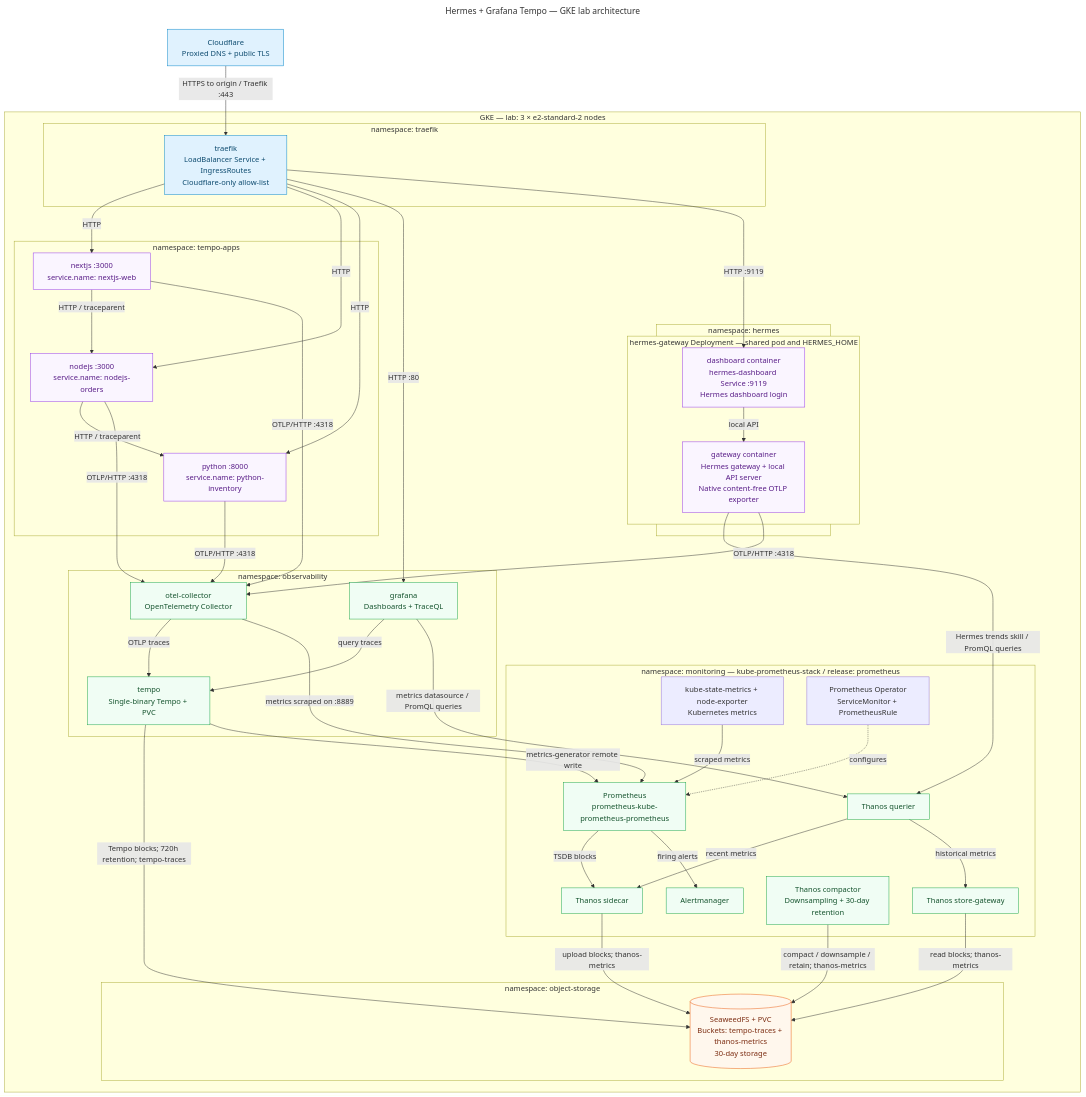
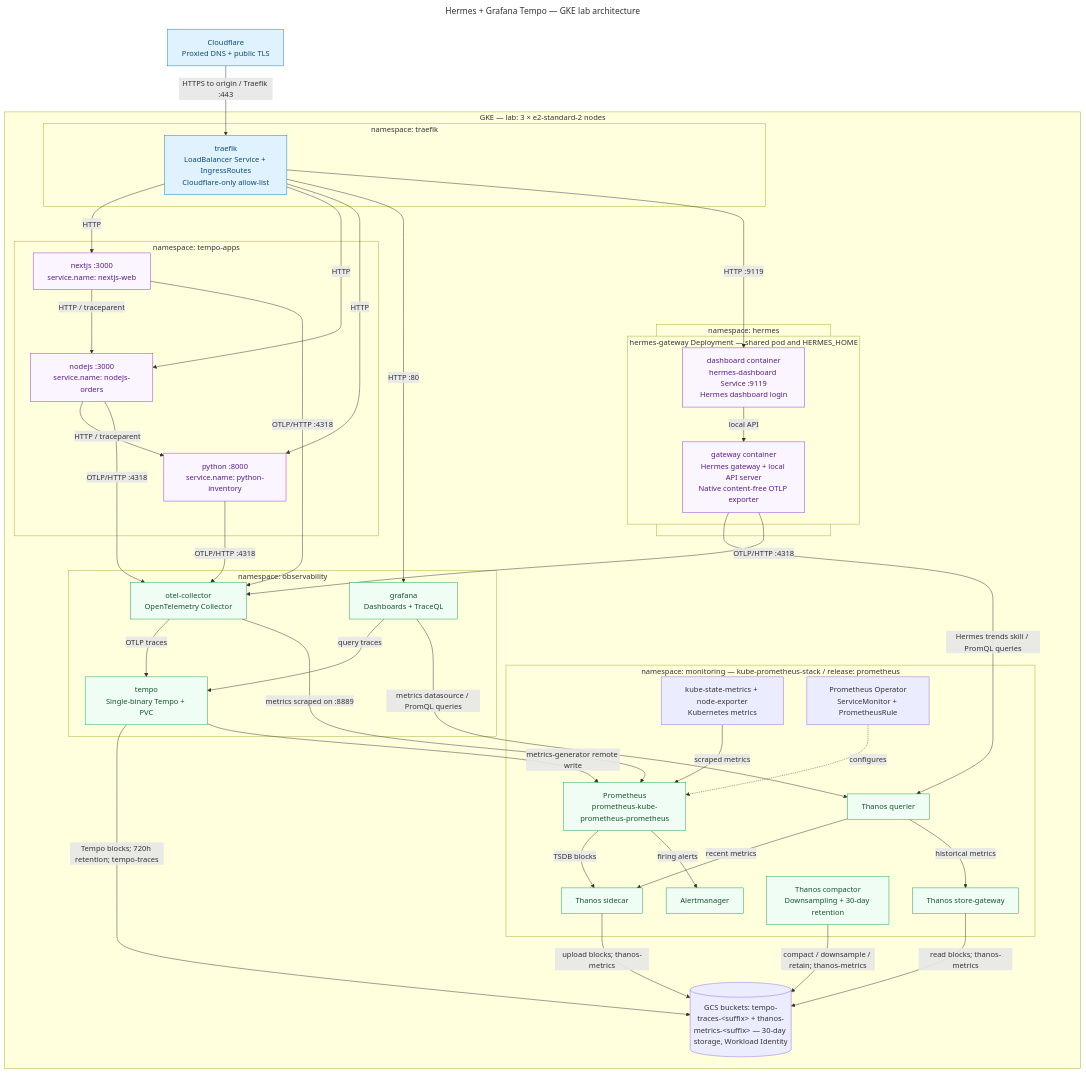
The diagram in hermes-grafana-tempo/docs/diagrams/architecture.mmd (ch-muhammad-asim/OpenDevOps), drawn with Mermaid before and after one commit. The commit also changed 14 other files, not shown here.

Commit message:
Show GCS buckets in the hermes-grafana-tempo diagrams and docs, keep SeaweedFS as an optional fallback, and fill in the verify counts

```diff
--- a/hermes-grafana-tempo/docs/diagrams/architecture.mmd
+++ b/hermes-grafana-tempo/docs/diagrams/architecture.mmd
@@ -1,74 +1,71 @@
 ---
 title: Hermes + Grafana Tempo — GKE lab architecture
 ---
 flowchart TB
   %% Sources: README.md, hermes/README.md, helm/*, apps/*, k8s/*, scripts/*.
   %% Namespace boundaries are logical; workloads are scheduled across the node pool.
   cf["Cloudflare<br/>Proxied DNS + public TLS"]
   subgraph gke["GKE — lab: 3 × e2-standard-2 nodes"]
     subgraph edge["namespace: traefik"]
       tr["traefik<br/>LoadBalancer Service + IngressRoutes<br/>Cloudflare-only allow-list"]
     end
     subgraph apps["namespace: tempo-apps"]
       nx["nextjs :3000<br/>service.name: nextjs-web"]
       nd["nodejs :3000<br/>service.name: nodejs-orders"]
       py["python :8000<br/>service.name: python-inventory"]
       nx -->|HTTP / traceparent| nd
       nd -->|HTTP / traceparent| py
     end
     subgraph hermes["namespace: hermes"]
       subgraph pod["hermes-gateway Deployment — shared pod and HERMES_HOME"]
         dash["dashboard container<br/>hermes-dashboard Service :9119<br/>Hermes dashboard login"]
         gw["gateway container<br/>Hermes gateway + local API server<br/>Native content-free OTLP exporter"]
         dash -->|local API| gw
       end
     end
     subgraph obs["namespace: observability"]
       col["otel-collector<br/>OpenTelemetry Collector"]
       tempo["tempo<br/>Single-binary Tempo + PVC"]
       graf["grafana<br/>Dashboards + TraceQL"]
       col -->|OTLP traces| tempo
       graf -->|query traces| tempo
     end
     subgraph mon["namespace: monitoring — kube-prometheus-stack / release: prometheus"]
       prom["Prometheus<br/>prometheus-kube-prometheus-prometheus"]
       sidecar["Thanos sidecar"]
       store["Thanos store-gateway"]
       querier["Thanos querier"]
       compactor["Thanos compactor<br/>Downsampling + 30-day retention"]
       prom -->|TSDB blocks| sidecar
       querier -->|recent metrics| sidecar
       querier -->|historical metrics| store
       am["Alertmanager"]
       exporters["kube-state-metrics + node-exporter<br/>Kubernetes metrics"]
       operator["Prometheus Operator<br/>ServiceMonitor + PrometheusRule"]
       exporters -->|scraped metrics| prom
       operator -.->|configures| prom
       prom -->|firing alerts| am
     end
-    subgraph storage["namespace: object-storage"]
-      seaweed[("SeaweedFS + PVC<br/>Buckets: tempo-traces + thanos-metrics<br/>30-day storage")]
-    end
-    tempo -->|Tempo blocks; 720h retention; tempo-traces| seaweed
-    sidecar -->|upload blocks; thanos-metrics| seaweed
-    store -->|read blocks; thanos-metrics| seaweed
-    compactor -->|compact / downsample / retain; thanos-metrics| seaweed
+    tempo -->|Tempo blocks; 720h retention; tempo-traces| gcs
+    sidecar -->|upload blocks; thanos-metrics| gcs
+    store -->|read blocks; thanos-metrics| gcs
+    compactor -->|compact / downsample / retain; thanos-metrics| gcs
     gw -->|Hermes trends skill / PromQL queries| querier
     tr -->|HTTP| nx & nd & py
     tr -->|HTTP :80| graf
     tr -->|HTTP :9119| dash
     nx & nd & py -->|OTLP/HTTP :4318| col
     gw -->|OTLP/HTTP :4318| col
     col -->|metrics scraped on :8889| prom
     tempo -->|metrics-generator remote write| prom
     graf -->|metrics datasource / PromQL queries| querier
   end
+  gcs[("GCS buckets: tempo-traces-&lt;suffix&gt; + thanos-metrics-&lt;suffix&gt; — 30-day storage, Workload Identity")]
   cf -->|HTTPS to origin / Traefik :443| tr
   classDef edgeStyle fill:#e0f2fe,stroke:#0284c7,color:#0c4a6e
   classDef telemetry fill:#f0fdf4,stroke:#16a34a,color:#14532d
   classDef storageStyle fill:#fff7ed,stroke:#ea580c,color:#7c2d12
   classDef workload fill:#faf5ff,stroke:#9333ea,color:#581c87
   class cf,tr edgeStyle
   class col,tempo,graf,prom,am,sidecar,store,querier,compactor telemetry
-  class seaweed storageStyle
   class nx,nd,py,dash,gw workload
```
